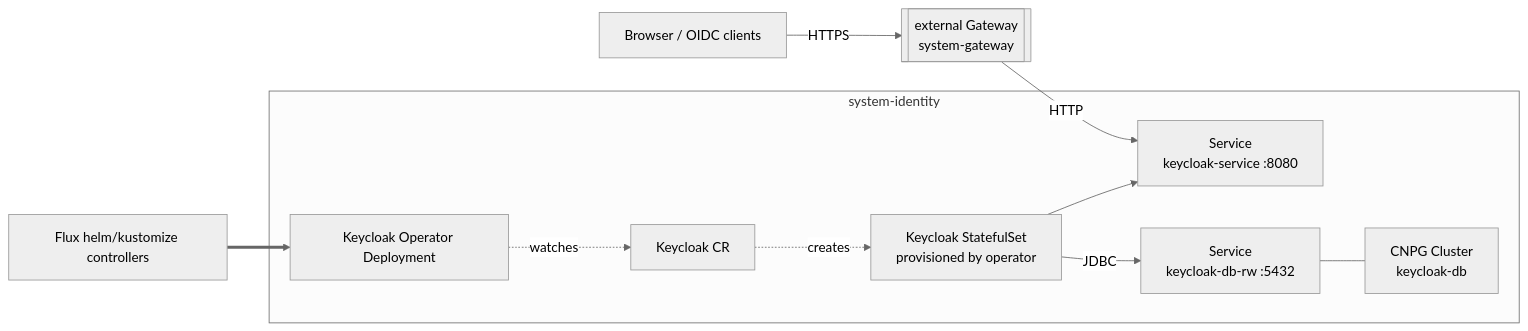
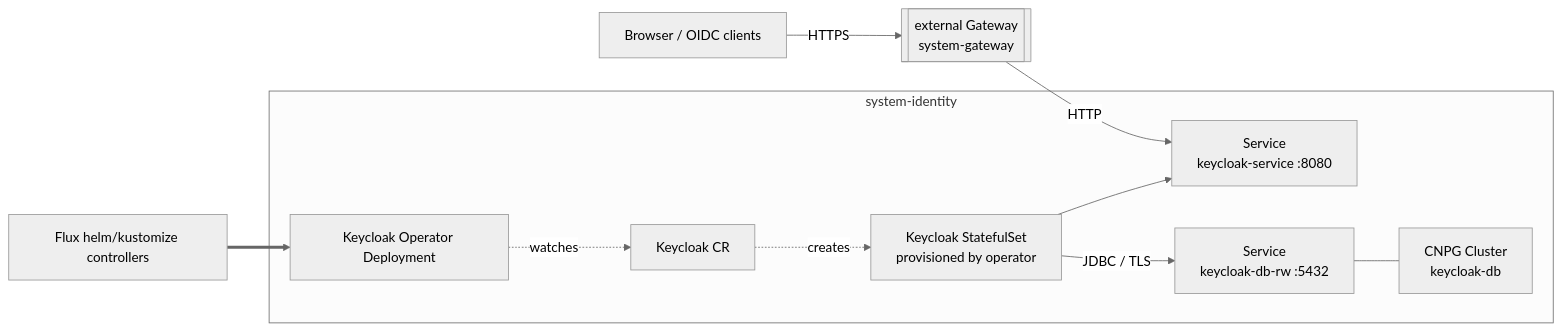
Before and after one commit to windsorcli/core: the diagram in kustomize/identity/README.md, drawn with Mermaid (neutral theme). The commit also changed other lines of this file and 3 other files, not shown here.

First line of the commit message:
docs: cover Keycloak DB TLS, ingress policy, and admin credentials

````diff
--- a/kustomize/identity/README.md
+++ b/kustomize/identity/README.md
@@ -23,25 +23,25 @@
 ```mermaid
 flowchart LR
   flux[Flux helm/kustomize controllers]
 
   subgraph systemidentity[system-identity]
     operator_pod[Keycloak Operator Deployment]
     keycloak_cr[Keycloak CR]
     keycloak_sts[Keycloak StatefulSet<br/>provisioned by operator]
     keycloak_svc[Service<br/>keycloak-service :8080]
     pg_cluster[CNPG Cluster<br/>keycloak-db]
     pg_svc[Service<br/>keycloak-db-rw :5432]
   end
 
   gateway[[external Gateway<br/>system-gateway]]
   users[Browser / OIDC clients]
 
   flux ==> operator_pod
   operator_pod -.watches.-> keycloak_cr
   keycloak_cr -.creates.-> keycloak_sts
   keycloak_sts --> keycloak_svc
-  keycloak_sts -->|JDBC| pg_svc
+  keycloak_sts -->|JDBC / TLS| pg_svc
   pg_svc --- pg_cluster
   users -->|HTTPS| gateway
   gateway -->|HTTP| keycloak_svc
 ```
````
